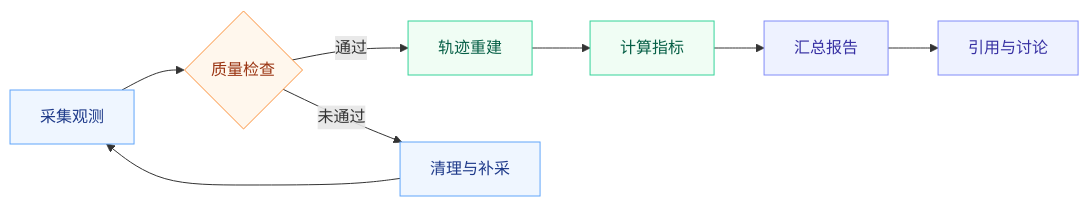
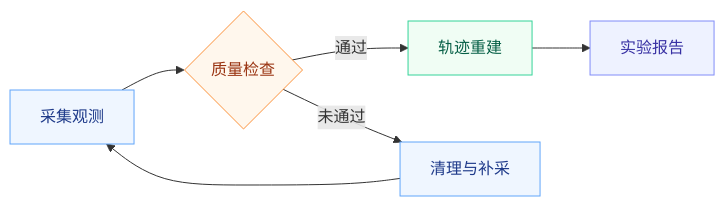
The diagram in examples/atlas-lab/notes/pipeline.md (HuSiyue-ai/file-workspace), drawn with Mermaid before and after one commit. The commit also changed 25 other files, not shown here.

````diff
--- a/examples/atlas-lab/notes/pipeline.md
+++ b/examples/atlas-lab/notes/pipeline.md
@@ -7,18 +7,16 @@
 ```mermaid
 flowchart LR
     A[采集观测] --> B{质量检查}
     B -->|通过| C[轨迹重建]
-    B -->|未通过| D[清理与补采]
-    D --> A
-    C --> E[计算指标]
-    E --> F[汇总报告]
-    F --> G[引用与讨论]
+    B -->|未通过| E[清理与补采]
+    E --> A
+    C --> D[实验报告]
     classDef input fill:#eff6ff,stroke:#60a5fa,color:#1e3a8a
     classDef process fill:#f0fdf4,stroke:#34d399,color:#065f46
     classDef decision fill:#fff7ed,stroke:#fb923c,color:#9a3412
     classDef output fill:#eef2ff,stroke:#818cf8,color:#3730a3
-    class A,D input
-    class C,E process
+    class A,E input
+    class C process
     class B decision
-    class F,G output
+    class D output
 ```
````
